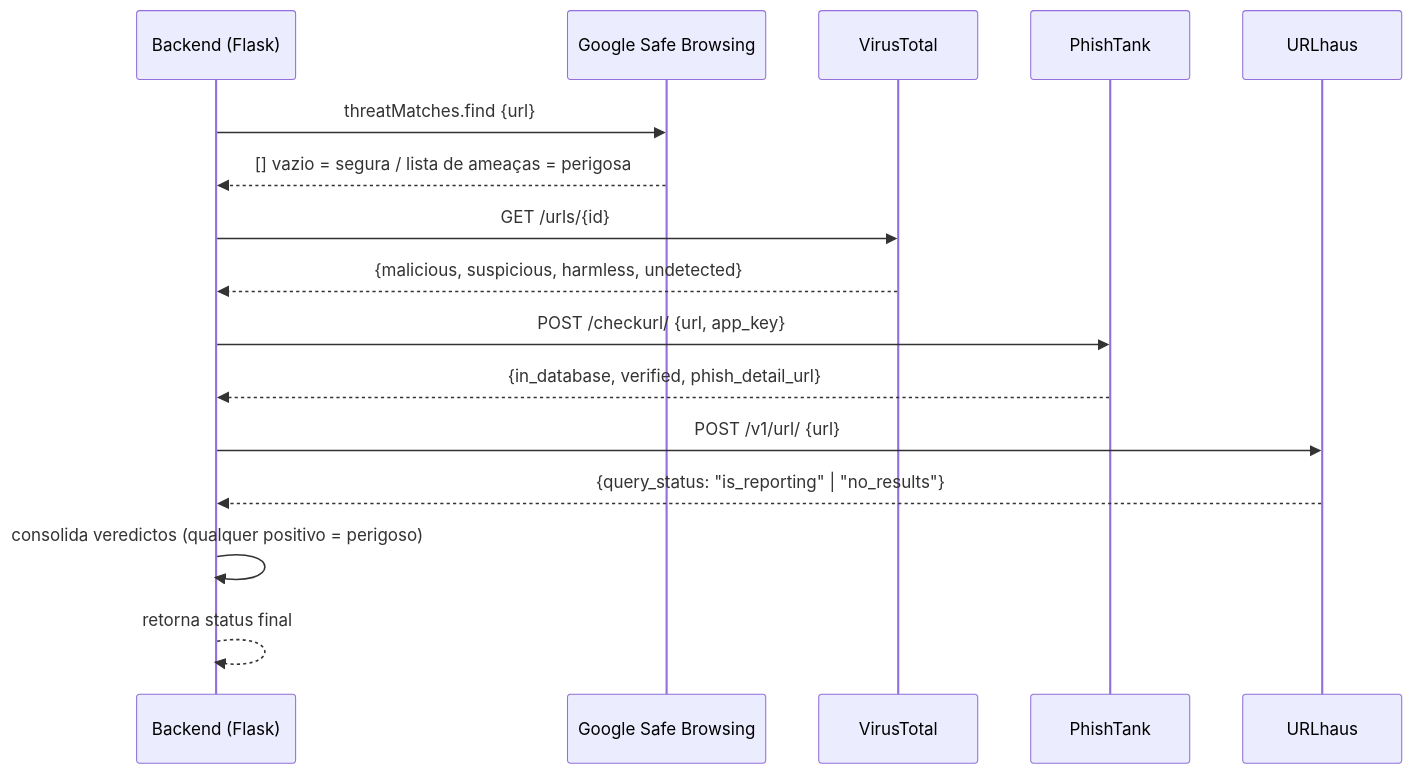
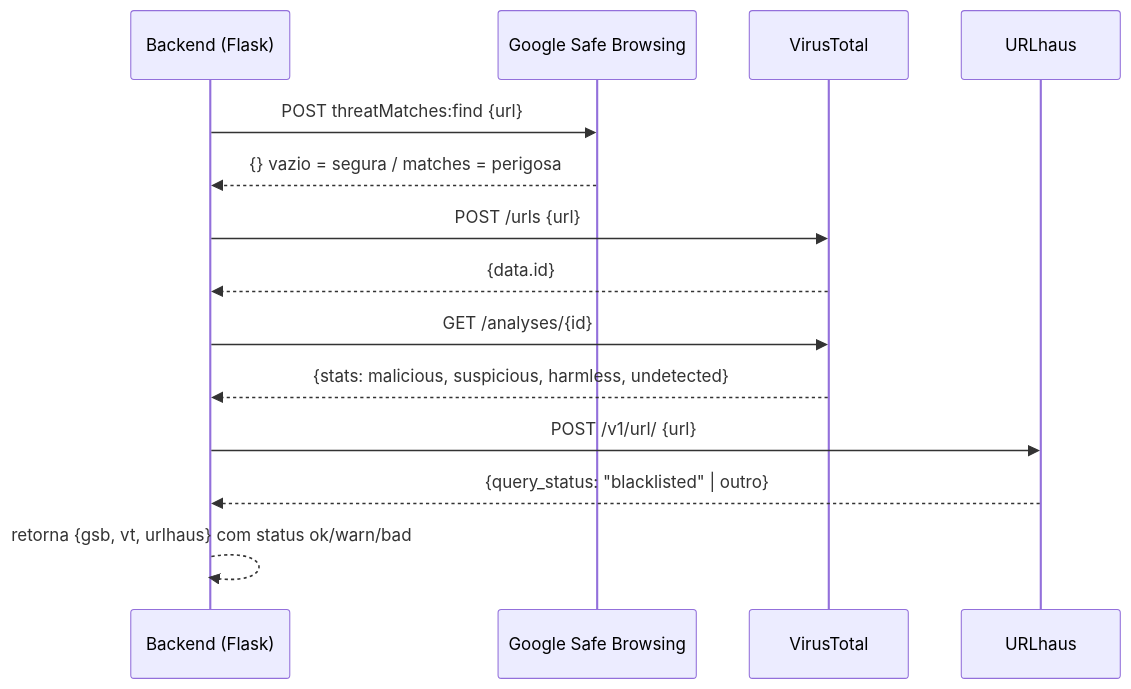
Before and after one commit to LeoGotardo/phising: the fourth of 6 diagrams in docs/casos-de-uso.md, drawn with Mermaid. The commit also changed other lines of this file and 4 other files, not shown here.

````diff
--- a/docs/casos-de-uso.md
+++ b/docs/casos-de-uso.md
@@ -97,23 +90,20 @@
 ```mermaid
 sequenceDiagram
     participant B as Backend (Flask)
     participant GSB as Google Safe Browsing
     participant VT as VirusTotal
-    participant PT as PhishTank
     participant UH as URLhaus
 
-    B->>GSB: threatMatches.find {url}
-    GSB-->>B: [] vazio = segura / lista de ameaças = perigosa
+    B->>GSB: POST threatMatches:find {url}
+    GSB-->>B: {} vazio = segura / matches = perigosa
 
-    B->>VT: GET /urls/{id}
-    VT-->>B: {malicious, suspicious, harmless, undetected}
-
-    B->>PT: POST /checkurl/ {url, app_key}
-    PT-->>B: {in_database, verified, phish_detail_url}
+    B->>VT: POST /urls {url}
+    VT-->>B: {data.id}
+    B->>VT: GET /analyses/{id}
+    VT-->>B: {stats: malicious, suspicious, harmless, undetected}
 
     B->>UH: POST /v1/url/ {url}
-    UH-->>B: {query_status: "is_reporting" | "no_results"}
+    UH-->>B: {query_status: "blacklisted" | outro}
 
-    B->>B: consolida veredictos (qualquer positivo = perigoso)
-    B-->>B: retorna status final
+    B-->>B: retorna {gsb, vt, urlhaus} com status ok/warn/bad
 ```
````
